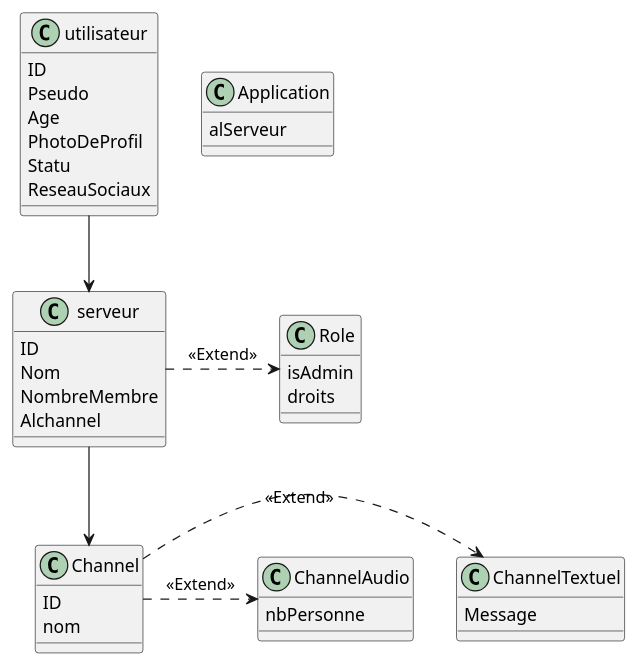
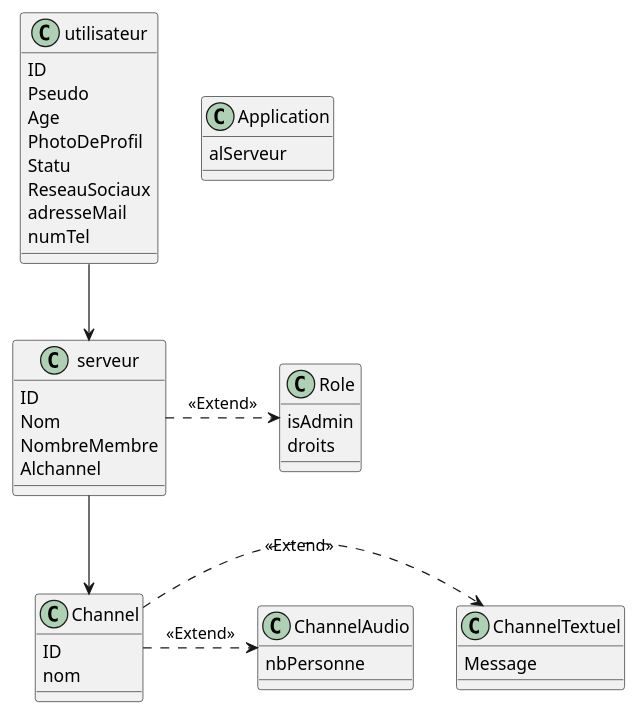
Before and after one commit to IUT-Blagnac/bcoo-retro2021-bcoo-retro2021-g16: the diagram in discord.plantuml, drawn with PlantUML.

```diff
--- a/discord.plantuml
+++ b/discord.plantuml
@@ -1,47 +1,49 @@
 @startuml
 
 class utilisateur {
   ID
   Pseudo 
   Age 
   PhotoDeProfil
   Statu
   ReseauSociaux
+  adresseMail
+  numTel
 }
 
 class serveur {
   ID
   Nom
   NombreMembre
   Alchannel 
 }
 
 class Role {
   isAdmin
   droits
 }
 
 class Channel {
   ID
   nom
 }
 
 class ChannelAudio{
   nbPersonne
 }
 
 class ChannelTextuel{
   Message
 }
 
 class Application {
  alServeur
 }
 
 utilisateur --> serveur
 serveur .> Role : <<Extend>>
 serveur --> Channel
 Channel .> ChannelTextuel : <<Extend>>
 Channel .> ChannelAudio : <<Extend>>
 
 @enduml
```
